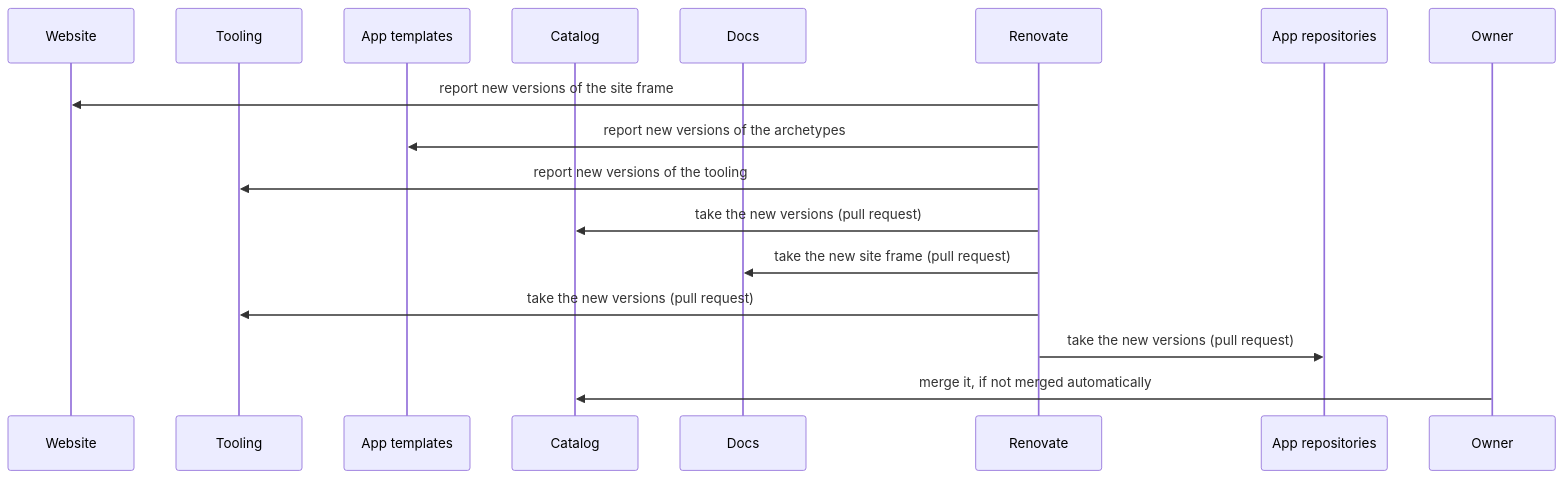
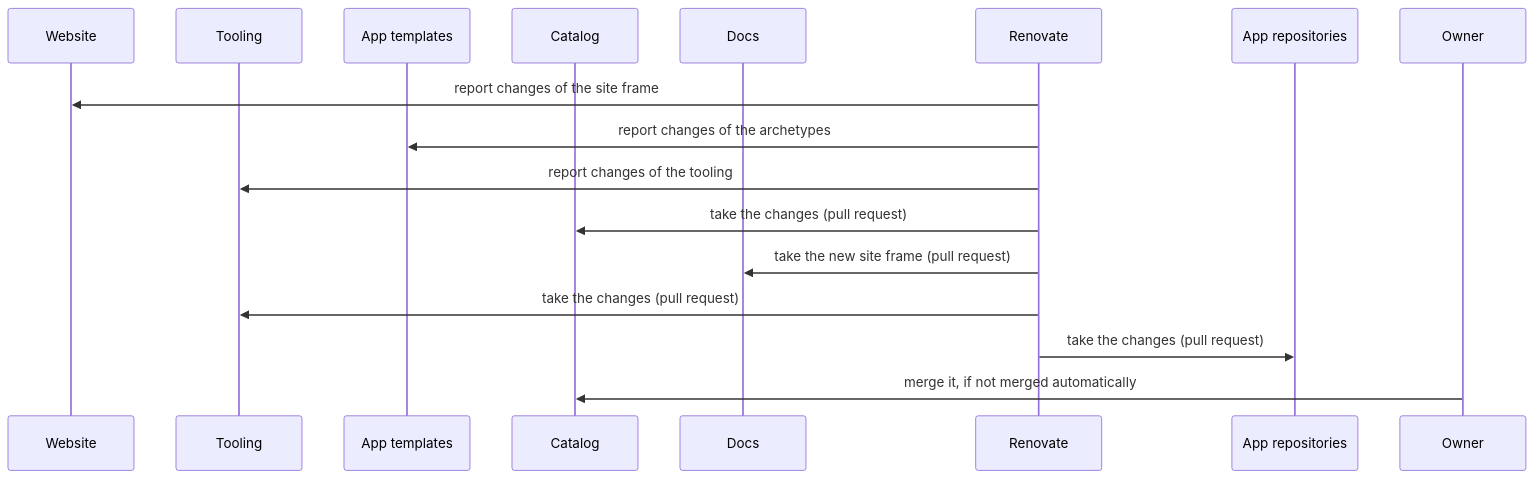
One commit to lernapps/docs changed the fifth of 6 diagrams in docs/arc42/06-runtime-view.arc42.md. Above: the diagram before and after it, drawn with Mermaid. The commit also changed other lines of this file and 6 other files, not shown here.

````diff
--- a/docs/arc42/06-runtime-view.arc42.md
+++ b/docs/arc42/06-runtime-view.arc42.md
@@ -204,19 +204,19 @@
 ```mermaid
 sequenceDiagram
     participant website as Website
     participant tooling as Tooling
     participant templates as App templates
     participant catalog as Catalog
     participant docs as Docs
     participant renovate as Renovate
     participant apps as App repositories
     participant owner as Owner
-    renovate->>website: report new versions of the site frame
-    renovate->>templates: report new versions of the archetypes
-    renovate->>tooling: report new versions of the tooling
-    renovate->>catalog: take the new versions (pull request)
+    renovate->>website: report changes of the site frame
+    renovate->>templates: report changes of the archetypes
+    renovate->>tooling: report changes of the tooling
+    renovate->>catalog: take the changes (pull request)
     renovate->>docs: take the new site frame (pull request)
-    renovate->>tooling: take the new versions (pull request)
-    renovate->>apps: take the new versions (pull request)
+    renovate->>tooling: take the changes (pull request)
+    renovate->>apps: take the changes (pull request)
     owner->>catalog: merge it, if not merged automatically
 ```
````
